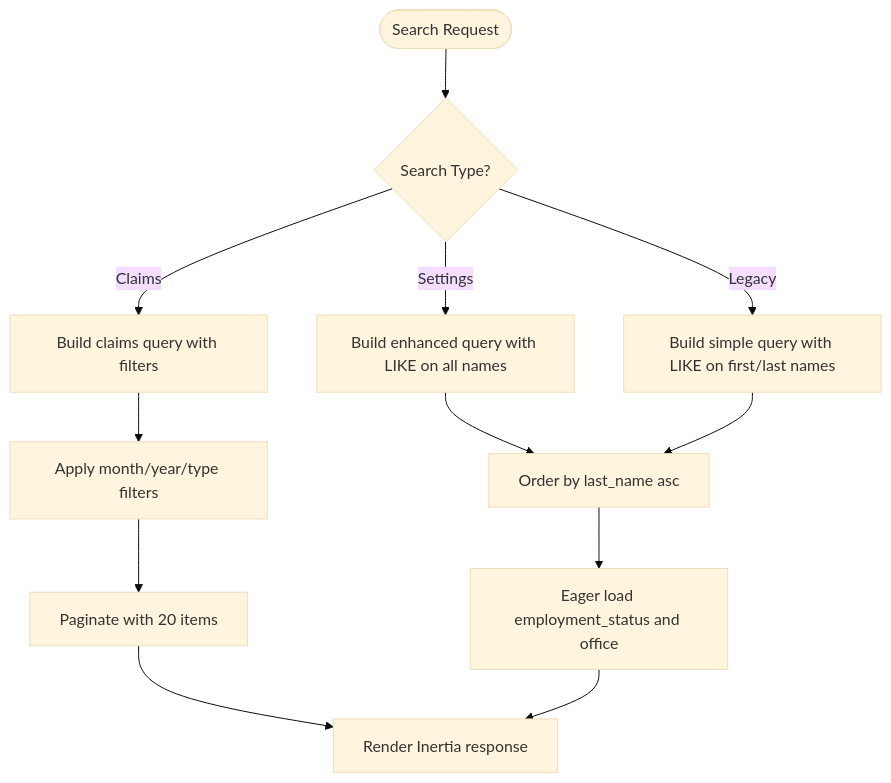
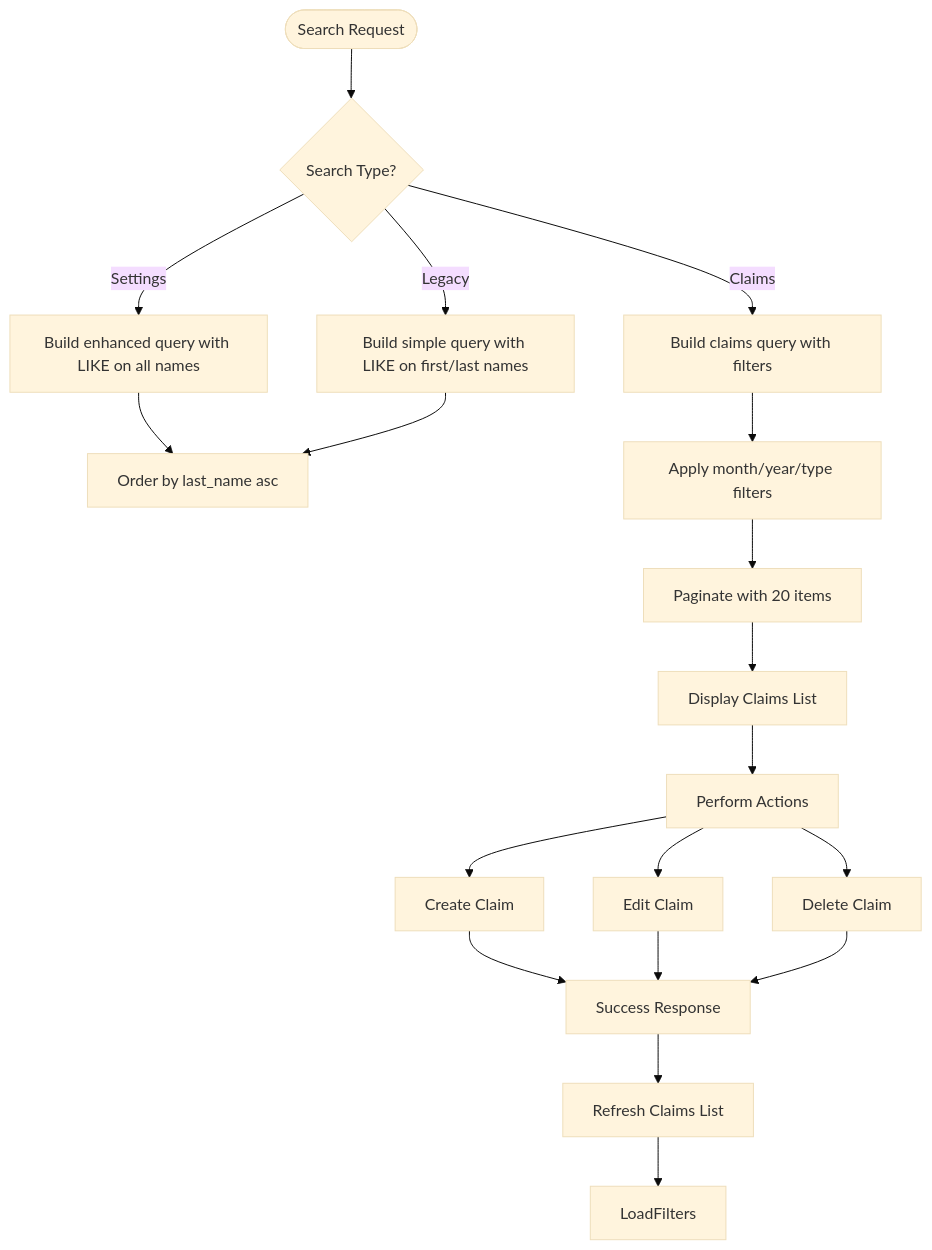
The seventh of 9 diagrams in .qoder/repowiki/en/content/Employee Management/Employee Management.md (vincet0t15/template), drawn with Mermaid (base theme) before and after one commit. The commit also changed other lines of this file and 12 other files, not shown here.

````diff
--- a/.qoder/repowiki/en/content/Employee Management/Employee Management.md
+++ b/.qoder/repowiki/en/content/Employee Management/Employee Management.md
@@ -635,14 +647,21 @@
 ```mermaid
 flowchart TD
 Search(["Search Request"]) --> CheckType{"Search Type?"}
 CheckType --> |Settings| SettingsQuery["Build enhanced query with LIKE on all names"]
 CheckType --> |Legacy| LegacyQuery["Build simple query with LIKE on first/last names"]
 CheckType --> |Claims| ClaimsQuery["Build claims query with filters"]
 SettingsQuery --> Order["Order by last_name asc"]
 LegacyQuery --> Order
 ClaimsQuery --> FilterClaims["Apply month/year/type filters"]
 FilterClaims --> Paginate["Paginate with 20 items"]
-Order --> WithRelations["Eager load employment_status and office"]
-Paginate --> Render["Render Inertia response"]
-WithRelations --> Render
+Paginate --> Display["Display Claims List"]
+Display --> Actions["Perform Actions"]
+Actions --> Create["Create Claim"]
+Actions --> Edit["Edit Claim"]
+Actions --> Delete["Delete Claim"]
+Create --> Success["Success Response"]
+Edit --> Success
+Delete --> Success
+Success --> Refresh["Refresh Claims List"]
+Refresh --> LoadFilters
 ```
````
